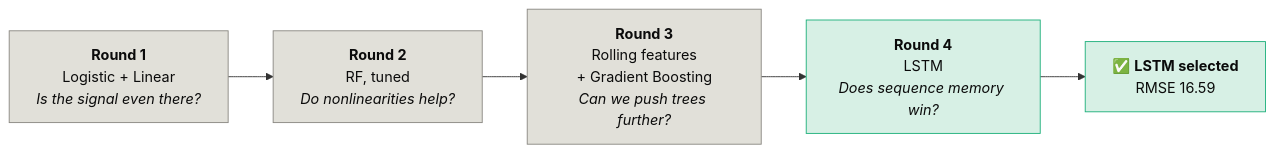
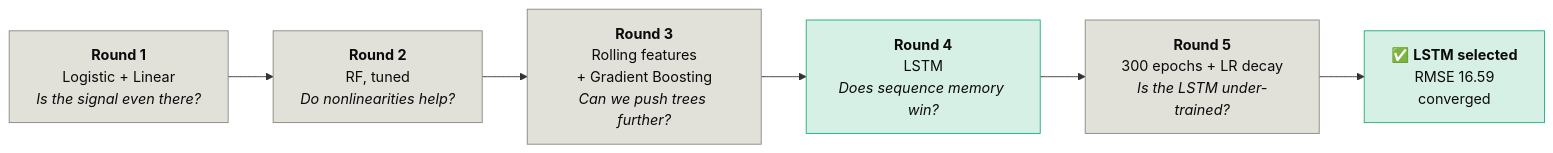
One commit to William-franklyn/Jet-Engine-Predictive-Maintenance-ML changed the second of 2 diagrams in README.md. Above: the diagram before and after it, drawn with Mermaid. The commit also changed other lines of this file and 5 other files, not shown here.

First line of the commit message:
Round 5: confirm the LSTM is converged, correct the "under-trained" claim

````diff
--- a/README.md
+++ b/README.md
@@ -233,13 +234,14 @@
 ```mermaid
 flowchart LR
     R1["<b>Round 1</b><br/>Logistic + Linear<br/><i>Is the signal even there?</i>"]
     R2["<b>Round 2</b><br/>RF, tuned<br/><i>Do nonlinearities help?</i>"]
     R3["<b>Round 3</b><br/>Rolling features<br/>+ Gradient Boosting<br/><i>Can we push trees further?</i>"]
     R4["<b>Round 4</b><br/>LSTM<br/><i>Does sequence memory win?</i>"]
-    R1 --> R2 --> R3 --> R4 --> W["✅ <b>LSTM selected</b><br/>RMSE 16.59"]
+    R5["<b>Round 5</b><br/>300 epochs + LR decay<br/><i>Is the LSTM under-trained?</i>"]
+    R1 --> R2 --> R3 --> R4 --> R5 --> W["✅ <b>LSTM selected</b><br/>RMSE 16.59<br/>converged"]
 
     classDef done fill:#e1e0d9,stroke:#898781,color:#0b0b0b;
     classDef win fill:#d7f0e5,stroke:#1baf7a,color:#0b0b0b;
-    class R1,R2,R3 done;
+    class R1,R2,R3,R5 done;
     class R4,W win;
 ```
````
